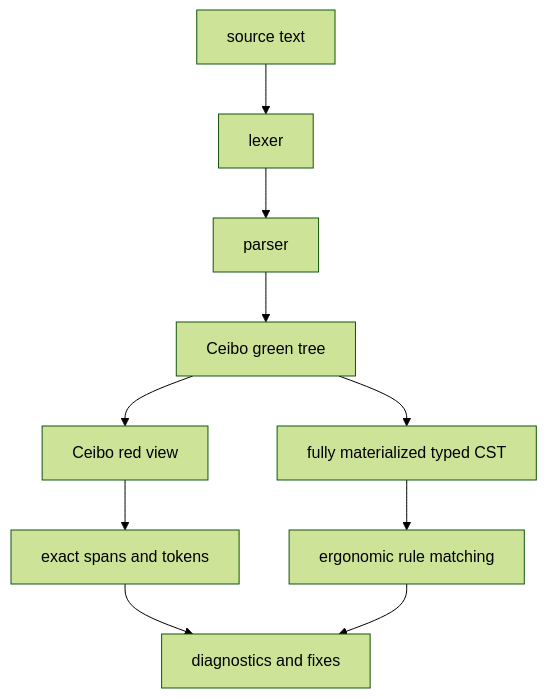
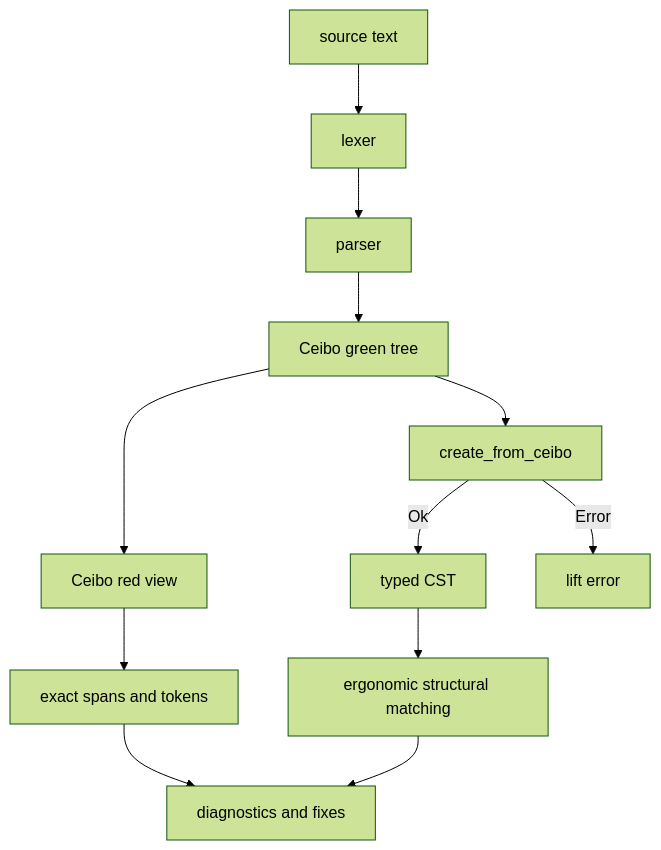
The diagram in docs/rfds/RFD0015-syn-typed-cst.md (leostera/riot-lang), drawn with Mermaid (forest theme) before and after one commit. The commit also changed other lines of this file and 1220 other files, not shown here.

````diff
--- a/docs/rfds/RFD0015-syn-typed-cst.md
+++ b/docs/rfds/RFD0015-syn-typed-cst.md
@@ -157,12 +188,14 @@
 ```mermaid
 flowchart TD
   A[source text] --> B[lexer]
   B --> C[parser]
   C --> D[Ceibo green tree]
   D --> E[Ceibo red view]
-  D --> F[fully materialized typed CST]
-  E --> G[exact spans and tokens]
-  F --> H[ergonomic rule matching]
-  G --> I[diagnostics and fixes]
-  H --> I
+  D --> F[create_from_ceibo]
+  F -->|Ok| G[typed CST]
+  F -->|Error| H[lift error]
+  E --> I[exact spans and tokens]
+  G --> J[ergonomic structural matching]
+  I --> K[diagnostics and fixes]
+  J --> K
 ```
````
